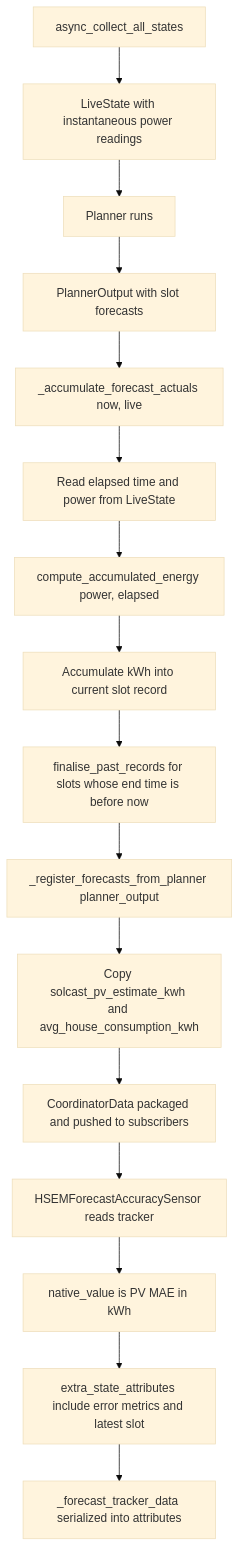
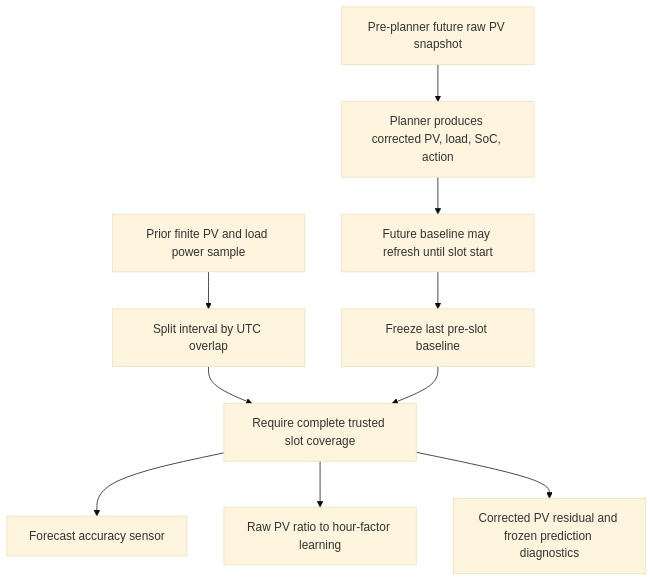
The diagram in docs/forecast-accuracy-tracking.md (Ambilights/hsem-ambilights), drawn with Mermaid (base theme) before and after one commit. The commit also changed other lines of this file and 34 other files, not shown here.

Commit message:
fix(accuracy): align ML history and tracking time (#11)

````diff
--- a/docs/forecast-accuracy-tracking.md
+++ b/docs/forecast-accuracy-tracking.md
@@ -55,21 +51,20 @@
 ```mermaid
 flowchart TD
-    A[async_collect_all_states]
-    B[LiveState with instantaneous power readings]
-    C[Planner runs]
-    D[PlannerOutput with slot forecasts]
-    E[_accumulate_forecast_actuals now, live]
-    F[Read elapsed time and power from LiveState]
-    G[compute_accumulated_energy power, elapsed]
-    H[Accumulate kWh into current slot record]
-    I[finalise_past_records for slots whose end time is before now]
-    J[_register_forecasts_from_planner planner_output]
-    K[Copy solcast_pv_estimate_kwh and avg_house_consumption_kwh]
-    L[CoordinatorData packaged and pushed to subscribers]
-    M[HSEMForecastAccuracySensor reads tracker]
-    N[native_value is PV MAE in kWh]
-    O[extra_state_attributes include error metrics and latest slot]
-    P[_forecast_tracker_data serialized into attributes]
+    A[Pre-planner future raw PV snapshot]
+    B[Planner produces corrected PV, load, SoC, action]
+    C[Future baseline may refresh until slot start]
+    D[Freeze last pre-slot baseline]
+    E[Prior finite PV and load power sample]
+    F[Split interval by UTC overlap]
+    G[Require complete trusted slot coverage]
+    H[Forecast accuracy sensor]
+    I[Raw PV ratio to hour-factor learning]
+    J[Corrected PV residual and frozen prediction diagnostics]
 
-    A --> B --> C --> D --> E --> F --> G --> H --> I --> J --> K --> L --> M --> N --> O --> P
+    A --> B --> C --> D
+    E --> F --> G
+    D --> G
+    G --> H
+    G --> I
+    G --> J
 ```
````
